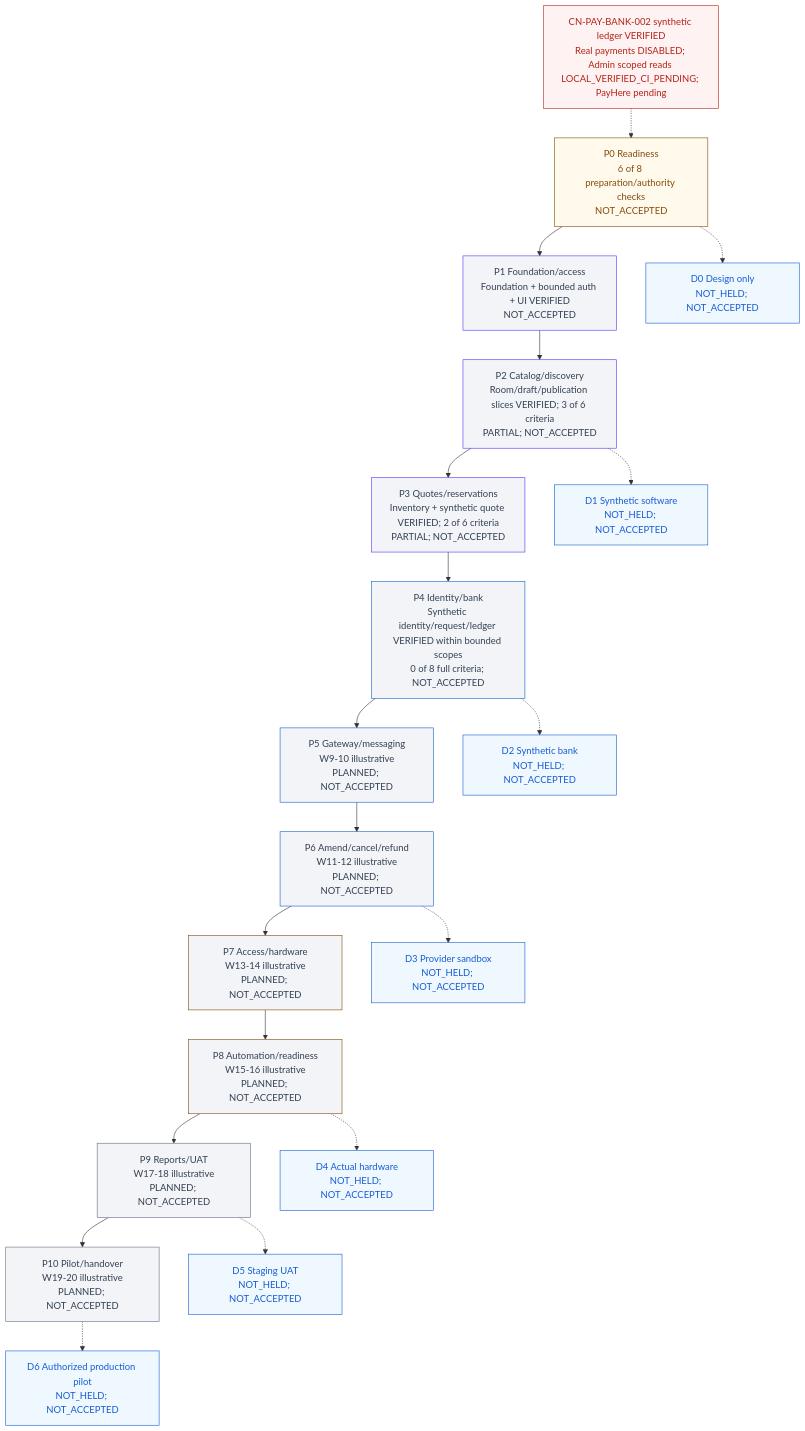
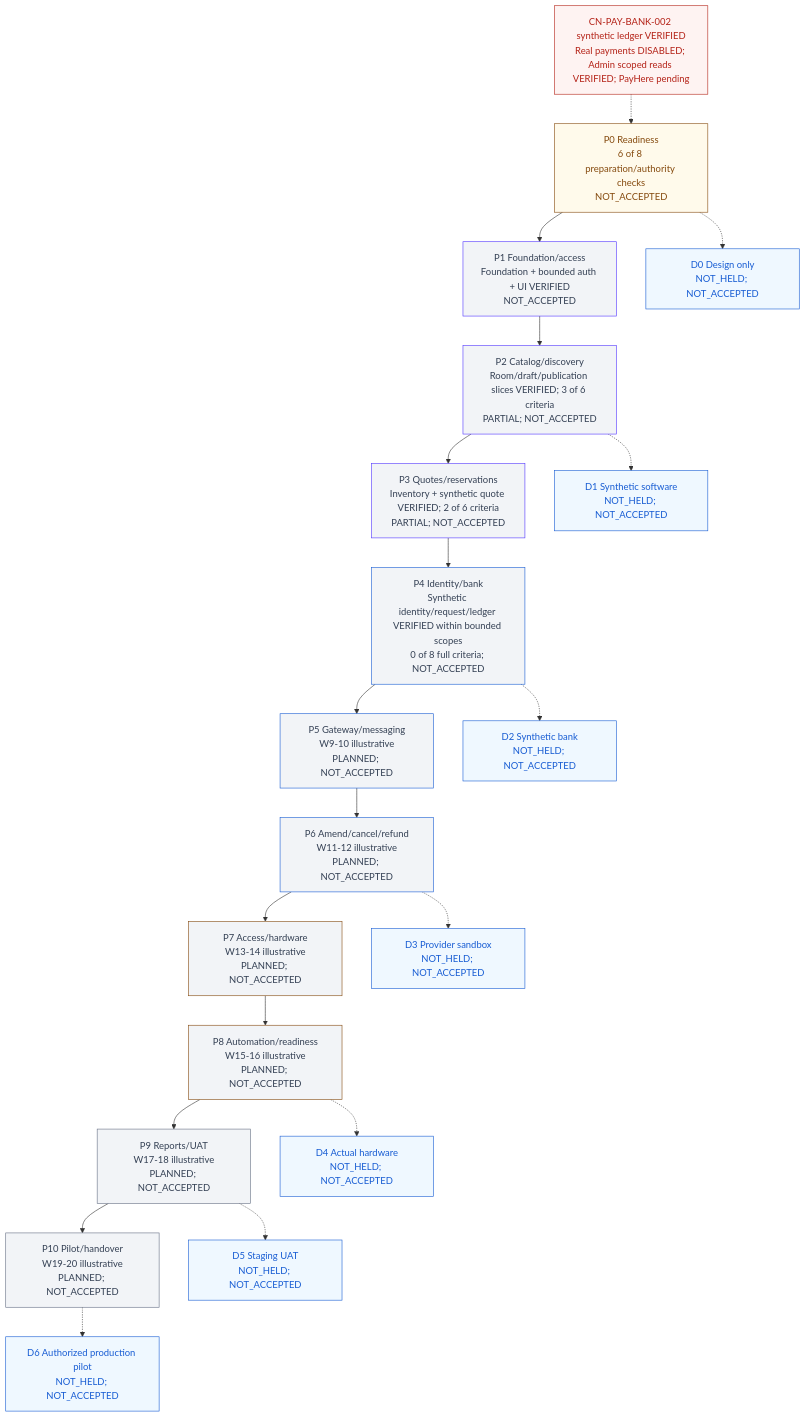
The diagram in knowledge/PROGRESS.md (Hasitha3513/Theater-Project), drawn with Mermaid before and after one commit. The commit also changed other lines of this file and 6 other files, not shown here.

Commit message:
docs(admin): close verified scoped account and audit slice

````diff
--- a/knowledge/PROGRESS.md
+++ b/knowledge/PROGRESS.md
@@ -309,45 +311,45 @@
 ```mermaid
 flowchart TB
-  G["CN-PAY-BANK-002 synthetic ledger VERIFIED<br/>Real payments DISABLED; Admin scoped reads LOCAL_VERIFIED_CI_PENDING; PayHere pending"]
+  G["CN-PAY-BANK-002 synthetic ledger VERIFIED<br/>Real payments DISABLED; Admin scoped reads VERIFIED; PayHere pending"]
   P0["P0 Readiness<br/>6 of 8 preparation/authority checks<br/>NOT_ACCEPTED"]
   P1["P1 Foundation/access<br/>Foundation + bounded auth + UI VERIFIED<br/>NOT_ACCEPTED"]
   P2["P2 Catalog/discovery<br/>Room/draft/publication slices VERIFIED; 3 of 6 criteria<br/>PARTIAL; NOT_ACCEPTED"]
   P3["P3 Quotes/reservations<br/>Inventory + synthetic quote VERIFIED; 2 of 6 criteria<br/>PARTIAL; NOT_ACCEPTED"]
   P4["P4 Identity/bank<br/>Synthetic identity/request/ledger VERIFIED within bounded scopes<br/>0 of 8 full criteria; NOT_ACCEPTED"]
   P5["P5 Gateway/messaging<br/>W9-10 illustrative<br/>PLANNED; NOT_ACCEPTED"]
   P6["P6 Amend/cancel/refund<br/>W11-12 illustrative<br/>PLANNED; NOT_ACCEPTED"]
   P7["P7 Access/hardware<br/>W13-14 illustrative<br/>PLANNED; NOT_ACCEPTED"]
   P8["P8 Automation/readiness<br/>W15-16 illustrative<br/>PLANNED; NOT_ACCEPTED"]
   P9["P9 Reports/UAT<br/>W17-18 illustrative<br/>PLANNED; NOT_ACCEPTED"]
   P10["P10 Pilot/handover<br/>W19-20 illustrative<br/>PLANNED; NOT_ACCEPTED"]
   G -.-> P0
   P0 --> P1 --> P2 --> P3 --> P4 --> P5 --> P6 --> P7 --> P8 --> P9 --> P10
   D0["D0 Design only<br/>NOT_HELD; NOT_ACCEPTED"]
   D1["D1 Synthetic software<br/>NOT_HELD; NOT_ACCEPTED"]
   D2["D2 Synthetic bank<br/>NOT_HELD; NOT_ACCEPTED"]
   D3["D3 Provider sandbox<br/>NOT_HELD; NOT_ACCEPTED"]
   D4["D4 Actual hardware<br/>NOT_HELD; NOT_ACCEPTED"]
   D5["D5 Staging UAT<br/>NOT_HELD; NOT_ACCEPTED"]
   D6["D6 Authorized production pilot<br/>NOT_HELD; NOT_ACCEPTED"]
   P0 -.-> D0
   P2 -.-> D1
   P4 -.-> D2
   P6 -.-> D3
   P8 -.-> D4
   P9 -.-> D5
   P10 -.-> D6
   classDef readiness fill:#FFFAEB,color:#854A0E,stroke:#854A0E;
   classDef foundation fill:#F2F4F7,color:#344054,stroke:#5135FF;
   classDef financial fill:#F2F4F7,color:#344054,stroke:#175CD3;
   classDef physical fill:#F2F4F7,color:#344054,stroke:#854A0E;
   classDef release fill:#F2F4F7,color:#344054,stroke:#667085;
   classDef blocked fill:#FEF3F2,color:#B42318,stroke:#B42318;
   classDef demo fill:#EFF8FF,color:#175CD3,stroke:#175CD3;
   class P0 readiness;
   class P1,P2,P3 foundation;
   class P4,P5,P6 financial;
   class P7,P8 physical;
   class P9,P10 release;
   class G blocked;
   class D0,D1,D2,D3,D4,D5,D6 demo;
 ```
````
